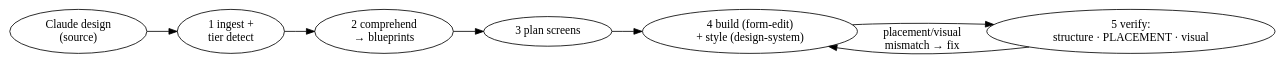
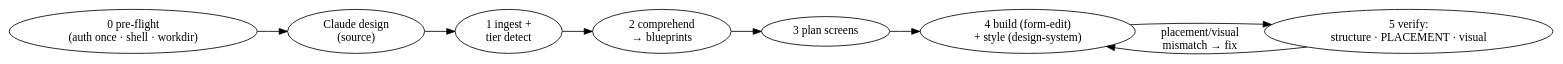
The diagram in plugins/shesha-developer/skills/shesha-claude-designer/SKILL.md (lethabomaepa11/shesha-plugins), drawn with Graphviz before and after one commit. The commit also changed other lines of this file and 4 other files, not shown here.

Commit message:
[feature] - Bump version to 1.9.1, enhance pre-flight setup, and improve authentication caching in shesha-claude-designer and shesha-form-edit skills

````diff
--- a/plugins/shesha-developer/skills/shesha-claude-designer/SKILL.md
+++ b/plugins/shesha-developer/skills/shesha-claude-designer/SKILL.md
@@ -12,12 +12,13 @@
 ```dot
 digraph { rankdir=LR;
+  pre [label="0 pre-flight\n(auth once · shell · workdir)"];
   d [label="Claude design\n(source)"];
   ingest [label="1 ingest +\ntier detect"];
   comp [label="2 comprehend\n→ blueprints"];
   plan [label="3 plan screens"];
   build [label="4 build (form-edit)\n+ style (design-system)"];
   verify [label="5 verify:\nstructure · PLACEMENT · visual"];
-  d -> ingest -> comp -> plan -> build -> verify;
+  pre -> d -> ingest -> comp -> plan -> build -> verify;
   verify -> build [label="placement/visual\nmismatch → fix"];
 }
 ```
````
